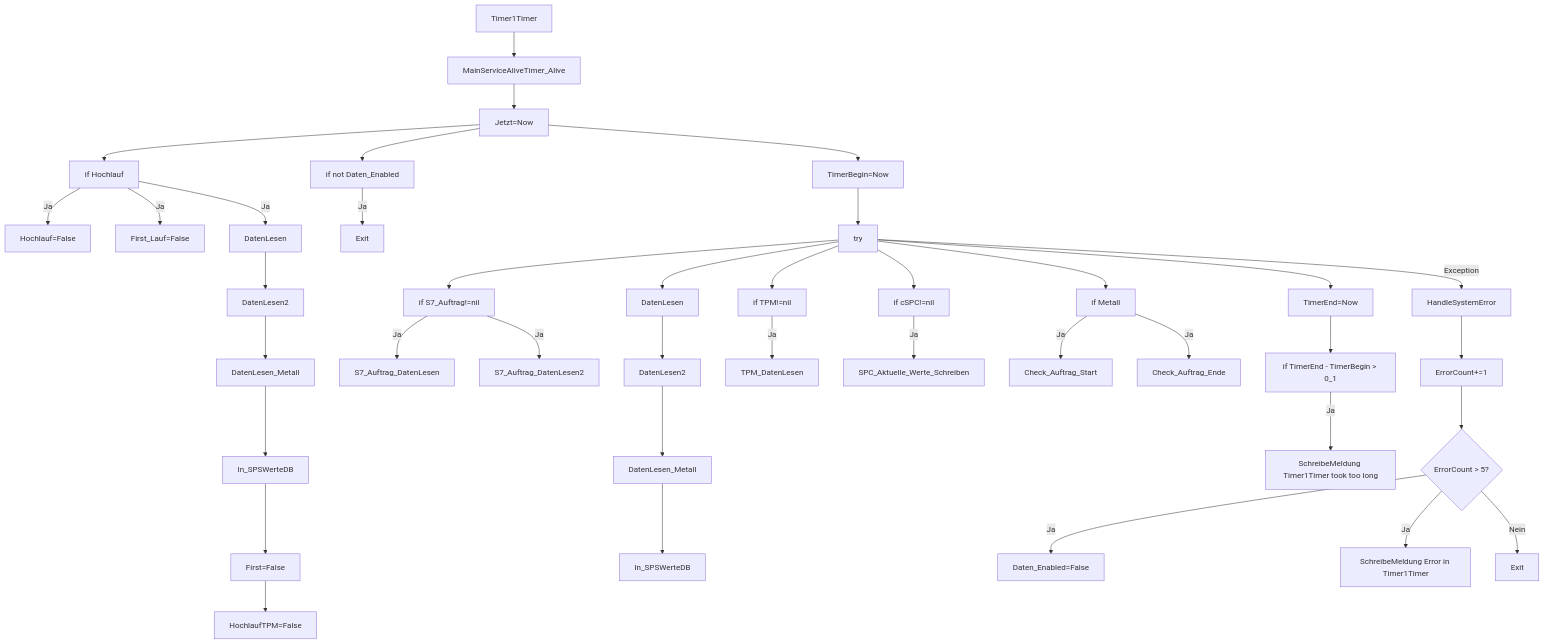
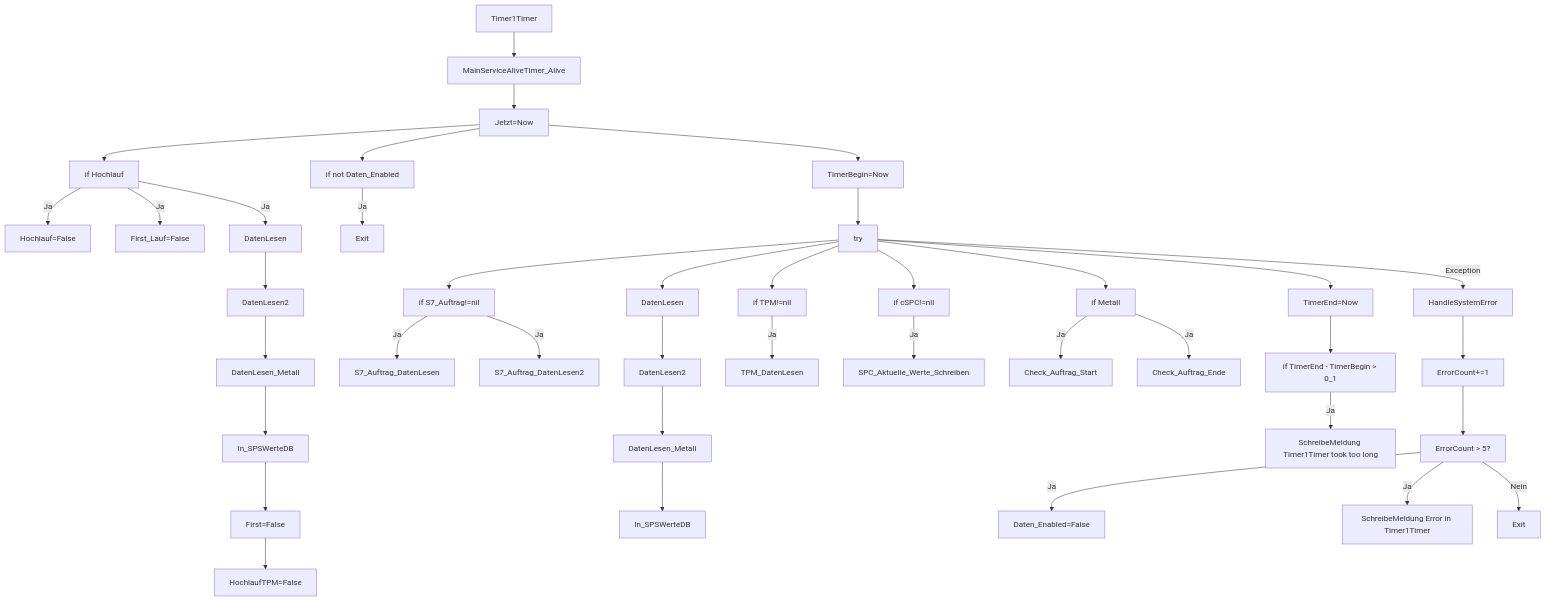
The third of 13 diagrams in INCLService_Funktionsaufruf_Diagramm.md (MadIsBack/INCL), drawn with Mermaid before and after one commit. The commit also changed other lines of this file, not shown here.

Commit message:
Fix curly braces in Mermaid diagrams - replace with square brackets
- Replaced { with [ and } with ] in all Mermaid diagram code blocks
- This fixes the remaining syntax errors in Mermaid diagrams
- All 13 Mermaid diagrams are now properly formatted

````diff
--- a/INCLService_Funktionsaufruf_Diagramm.md
+++ b/INCLService_Funktionsaufruf_Diagramm.md
@@ -94,50 +94,50 @@
 ```mermaid
 graph TD
     %% Timer1Timer - Hauptzyklus
     A2[Timer1Timer] --> B2[MainServiceAliveTimer_Alive]
     B2 --> C2[Jetzt=Now]
     C2 --> D2[if Hochlauf]
     D2 -->|Ja| E2[Hochlauf=False]
     D2 -->|Ja| F2[First_Lauf=False]
     D2 -->|Ja| G2[DatenLesen]
     G2 --> H2[DatenLesen2]
     H2 --> I2[DatenLesen_Metall]
     I2 --> J2[In_SPSWerteDB]
     J2 --> K2[First=False]
     K2 --> L2[HochlaufTPM=False]
     
     C2 --> M2[if not Daten_Enabled]
     M2 -->|Ja| N2[Exit]
     
     C2 --> O2[TimerBegin=Now]
     O2 --> P2[try]
     P2 --> Q2[if S7_Auftrag!=nil]
     Q2 -->|Ja| R2[S7_Auftrag_DatenLesen]
     Q2 -->|Ja| S2[S7_Auftrag_DatenLesen2]
     
     P2 --> T2[DatenLesen]
     T2 --> U2[DatenLesen2]
     U2 --> V2[DatenLesen_Metall]
     V2 --> W2[In_SPSWerteDB]
     
     P2 --> X2[if TPM!=nil]
     X2 -->|Ja| Y2[TPM_DatenLesen]
     
     P2 --> Z2[if cSPC!=nil]
     Z2 -->|Ja| AA2[SPC_Aktuelle_Werte_Schreiben]
     
     P2 --> AB2[if Metall]
     AB2 -->|Ja| AC2[Check_Auftrag_Start]
     AB2 -->|Ja| AD2[Check_Auftrag_Ende]
     
     P2 --> AE2[TimerEnd=Now]
     AE2 --> AF2[if TimerEnd - TimerBegin > 0_1]
     AF2 -->|Ja| AG2[SchreibeMeldung Timer1Timer took too long]
     
     P2 -->|Exception| AH2[HandleSystemError]
     AH2 --> AI2[ErrorCount+=1]
-    AI2 --> AJ2{ErrorCount > 5?}
+    AI2 --> AJ2[ErrorCount > 5?]
     AJ2 -->|Ja| AK2[Daten_Enabled=False]
     AJ2 -->|Ja| AL2[SchreibeMeldung Error in Timer1Timer]
     AJ2 -->|Nein| AM2[Exit]
 ```
````
